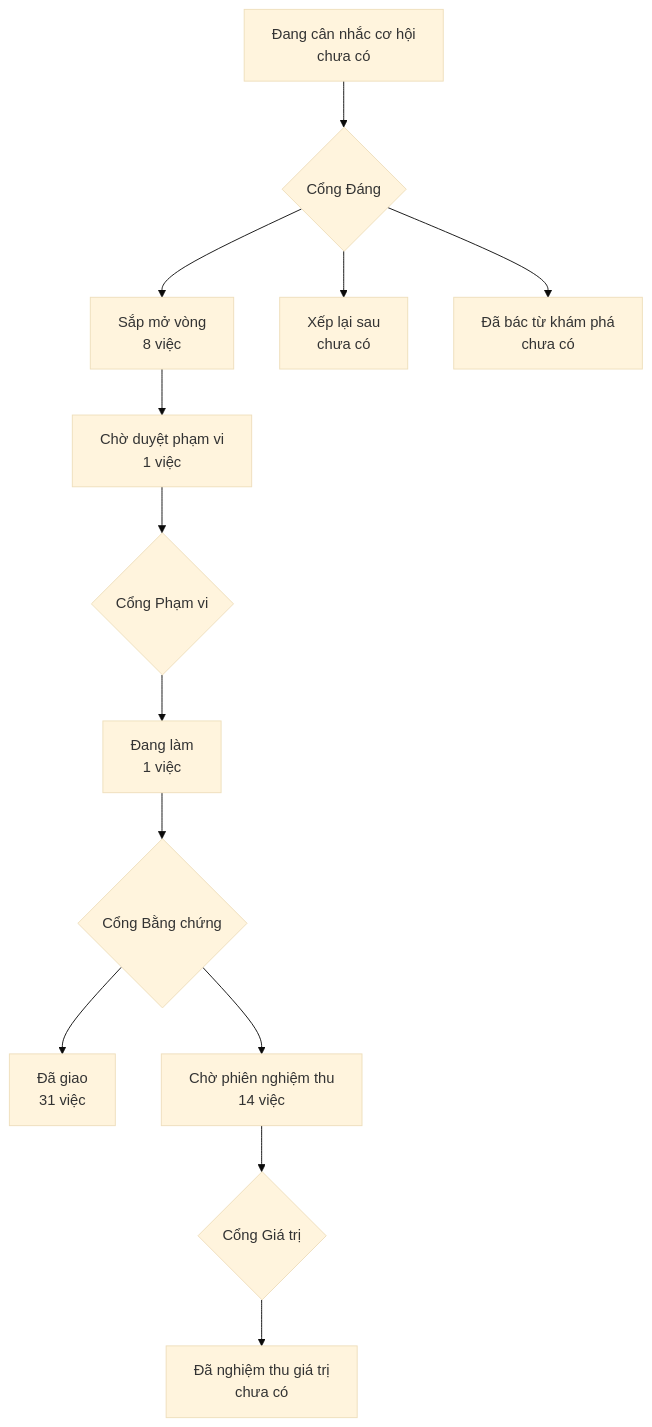
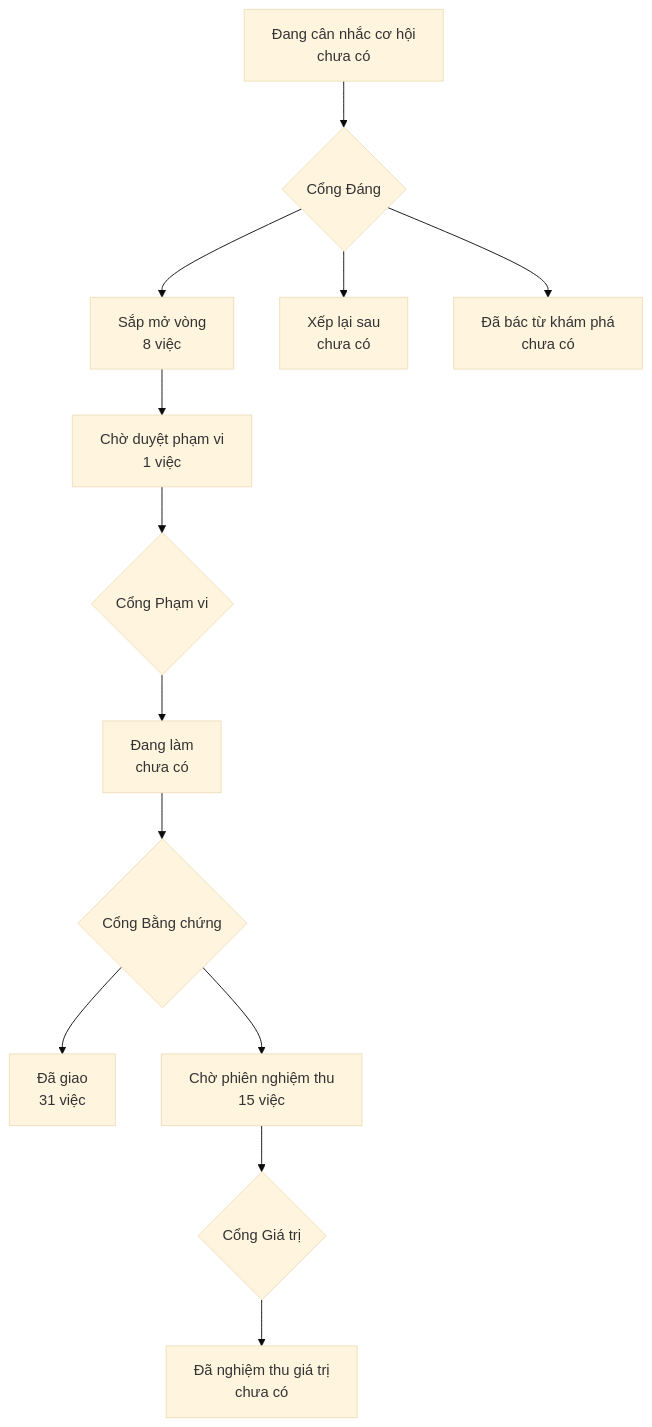
One commit to phanlemanh/onehub-invest changed the diagram in PRODUCT-MAP.md. Above: the diagram before and after it, drawn with Mermaid (base theme). The commit also changed other lines of this file and 4 other files, not shown here.

````diff
--- a/PRODUCT-MAP.md
+++ b/PRODUCT-MAP.md
@@ -7,12 +7,12 @@
 ```mermaid
 flowchart TD
   A["Đang cân nhắc cơ hội<br/>chưa có"] --> GD{"Cổng Đáng"}
   GD --> B["Sắp mở vòng<br/>8 việc"]
   GD --> XL["Xếp lại sau<br/>chưa có"]
   GD --> DB["Đã bác từ khám phá<br/>chưa có"]
   B --> CD["Chờ duyệt phạm vi<br/>1 việc"] --> GP{"Cổng Phạm vi"}
-  GP --> DL["Đang làm<br/>1 việc"] --> GB{"Cổng Bằng chứng"}
+  GP --> DL["Đang làm<br/>chưa có"] --> GB{"Cổng Bằng chứng"}
   GB --> DG["Đã giao<br/>31 việc"]
-  GB --> CN["Chờ phiên nghiệm thu<br/>14 việc"] --> GG{"Cổng Giá trị"}
+  GB --> CN["Chờ phiên nghiệm thu<br/>15 việc"] --> GG{"Cổng Giá trị"}
   GG --> NT["Đã nghiệm thu giá trị<br/>chưa có"]
 ```
````
